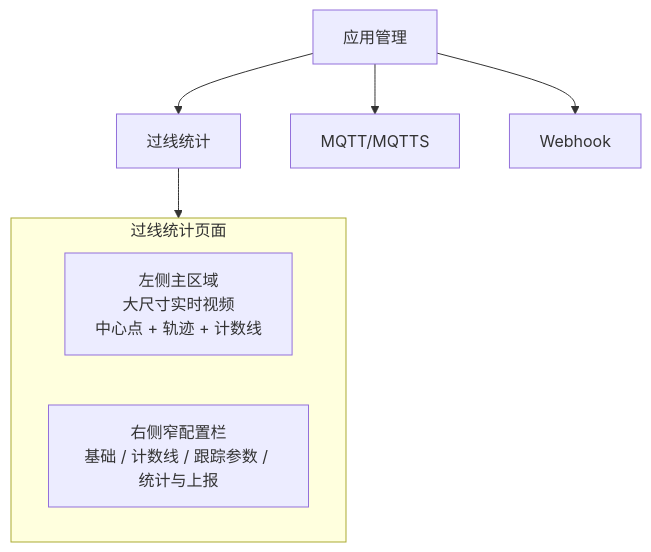
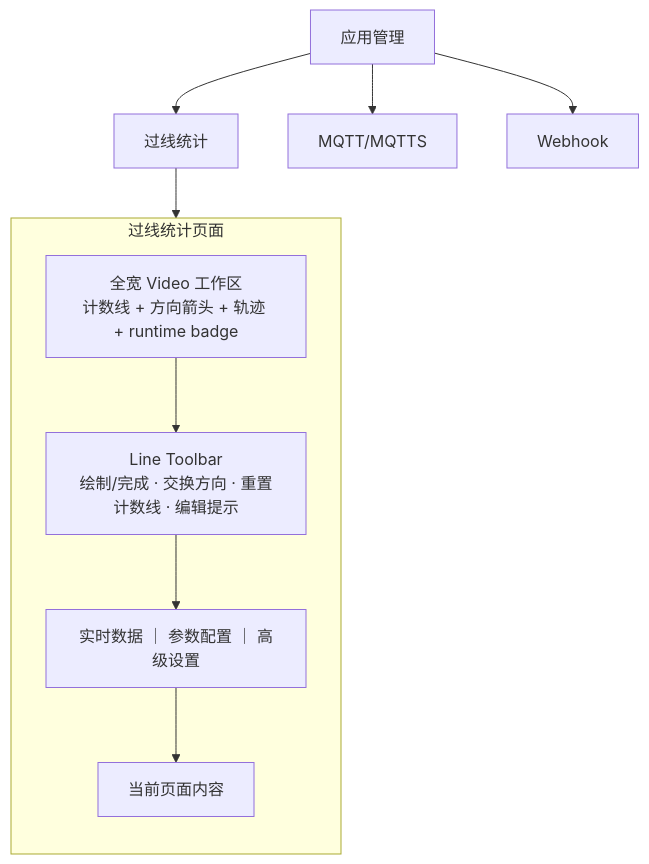
Before and after one commit to harryhua-ai/ne301: the fourth of 4 diagrams in docs/superpowers/specs/2026-09-21-line-counting-design.md, drawn with Mermaid. The commit also changed other lines of this file, not shown here.

````diff
--- a/docs/superpowers/specs/2026-09-21-line-counting-design.md
+++ b/docs/superpowers/specs/2026-09-21-line-counting-design.md
@@ -1369,19 +1366,24 @@
 ```mermaid
 flowchart TB
     APP[应用管理]
     LC[过线统计]
     MQ[MQTT/MQTTS]
     WH[Webhook]
 
     APP --> LC
     APP --> MQ
     APP --> WH
 
     subgraph PAGE[过线统计页面]
-      direction LR
-      LEFT[左侧主区域<br/>大尺寸实时视频<br/>中心点 + 轨迹 + 计数线]
-      RIGHT[右侧窄配置栏<br/>基础 / 计数线 / 跟踪参数 / 统计与上报]
+      direction TB
+      VIDEO[全宽 Video 工作区<br/>计数线 + 方向箭头 + 轨迹 + runtime badge]
+      TOOLBAR[Line Toolbar<br/>绘制/完成 · 交换方向 · 重置计数线 · 编辑提示]
+      PAGES[实时数据 ｜ 参数配置 ｜ 高级设置]
+      CONTENT[当前页面内容]
+      VIDEO --> TOOLBAR
+      TOOLBAR --> PAGES
+      PAGES --> CONTENT
     end
 
     LC --> PAGE
 ```
````
